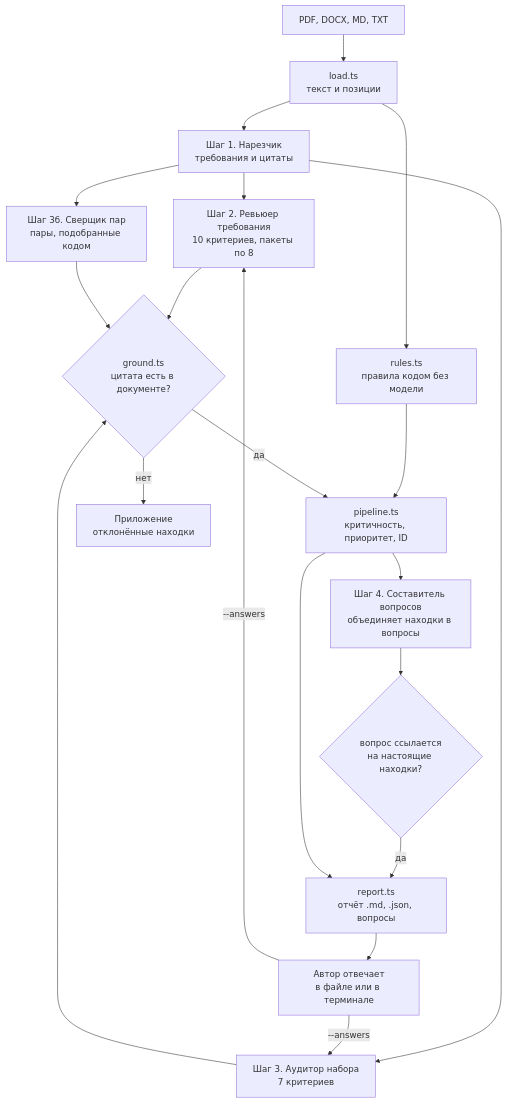
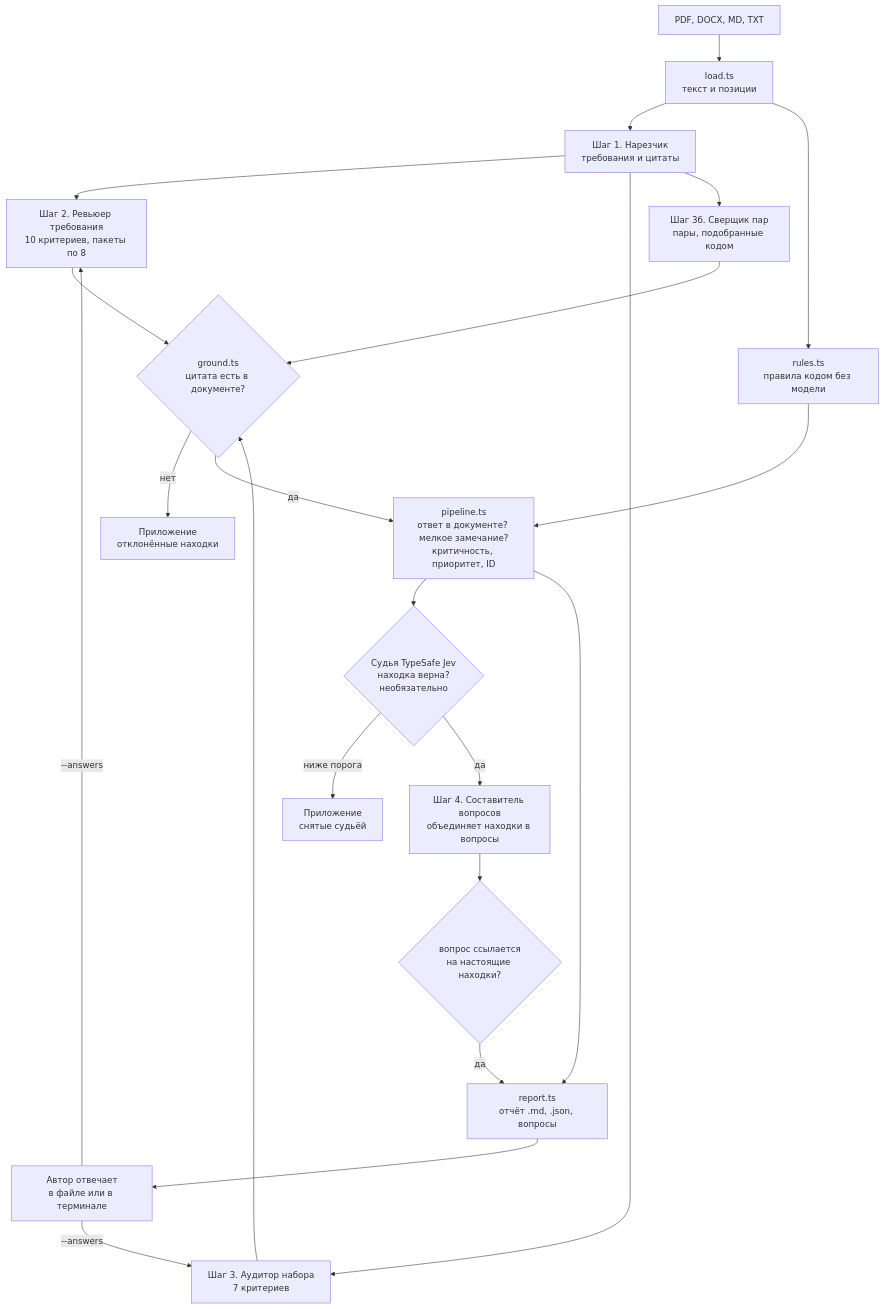
Before and after one commit to merkhanov/BCC-HUB-MNU-fintech-hackathon: the diagram in README.md, drawn with Mermaid. The commit also changed other lines of this file and 1 other file, not shown here.

First line of the commit message:
Put the results up front, bring the architecture and demo script up to date

````diff
--- a/README.md
+++ b/README.md
@@ -194,22 +204,24 @@
 ```mermaid
 flowchart TD
   F[PDF, DOCX, MD, TXT] --> L[load.ts<br>текст и позиции]
   L --> E[Шаг 1. Нарезчик<br>требования и цитаты]
   E --> R[Шаг 2. Ревьюер требования<br>10 критериев, пакеты по 8]
   E --> S[Шаг 3. Аудитор набора<br>7 критериев]
   R --> G{ground.ts<br>цитата есть в документе?}
   S --> G
   L --> C[rules.ts<br>правила кодом без модели]
   C --> P
   E --> PR[Шаг 3б. Сверщик пар<br>пары, подобранные кодом]
   PR --> G
   G -- нет --> X[Приложение<br>отклонённые находки]
-  G -- да --> P[pipeline.ts<br>критичность, приоритет, ID]
-  P --> Q[Шаг 4. Составитель вопросов<br>объединяет находки в вопросы]
+  G -- да --> P[pipeline.ts<br>ответ в документе? мелкое замечание?<br>критичность, приоритет, ID]
+  P --> J{Судья TypeSafe Jev<br>находка верна?<br>необязательно}
+  J -- ниже порога --> JX[Приложение<br>снятые судьёй]
+  J -- да --> Q[Шаг 4. Составитель вопросов<br>объединяет находки в вопросы]
   Q --> V{вопрос ссылается<br>на настоящие находки?}
   V -- да --> RP[report.ts<br>отчёт .md, .json, вопросы]
   P --> RP
   RP --> A[Автор отвечает<br>в файле или в терминале]
   A -->|"--answers"| R
   A -->|"--answers"| S
 ```
````
